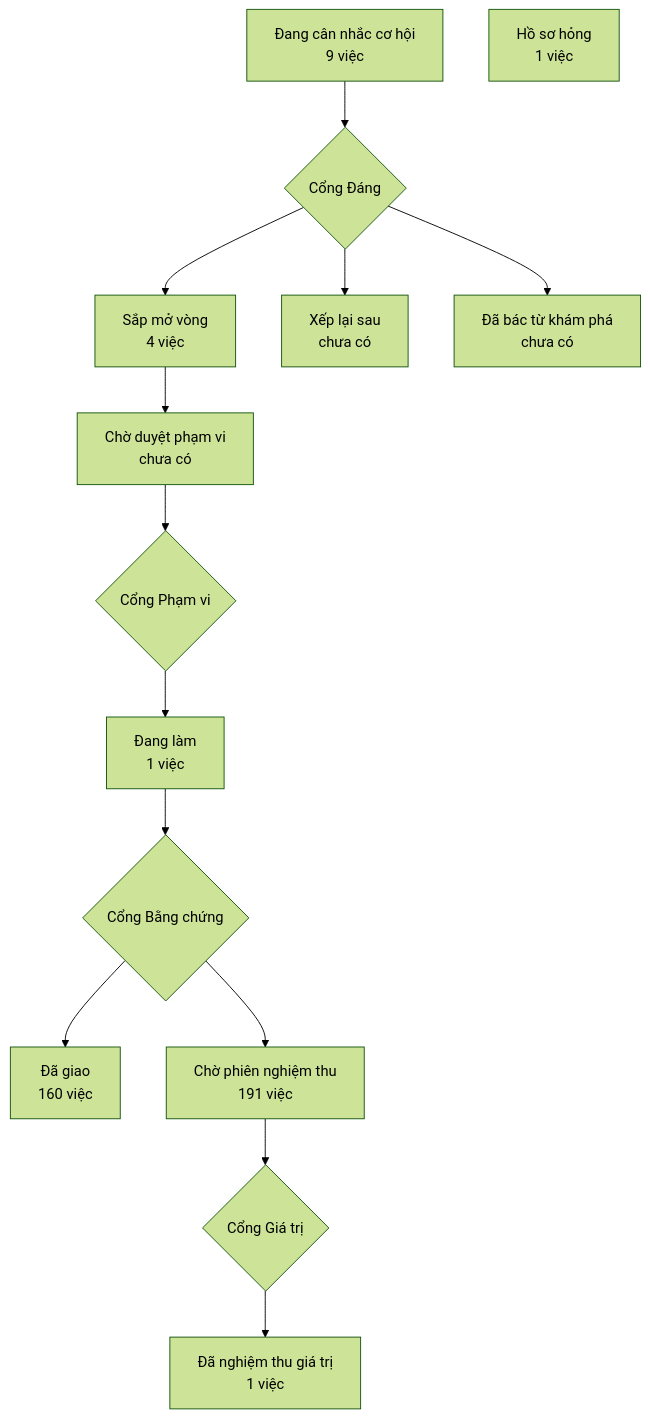
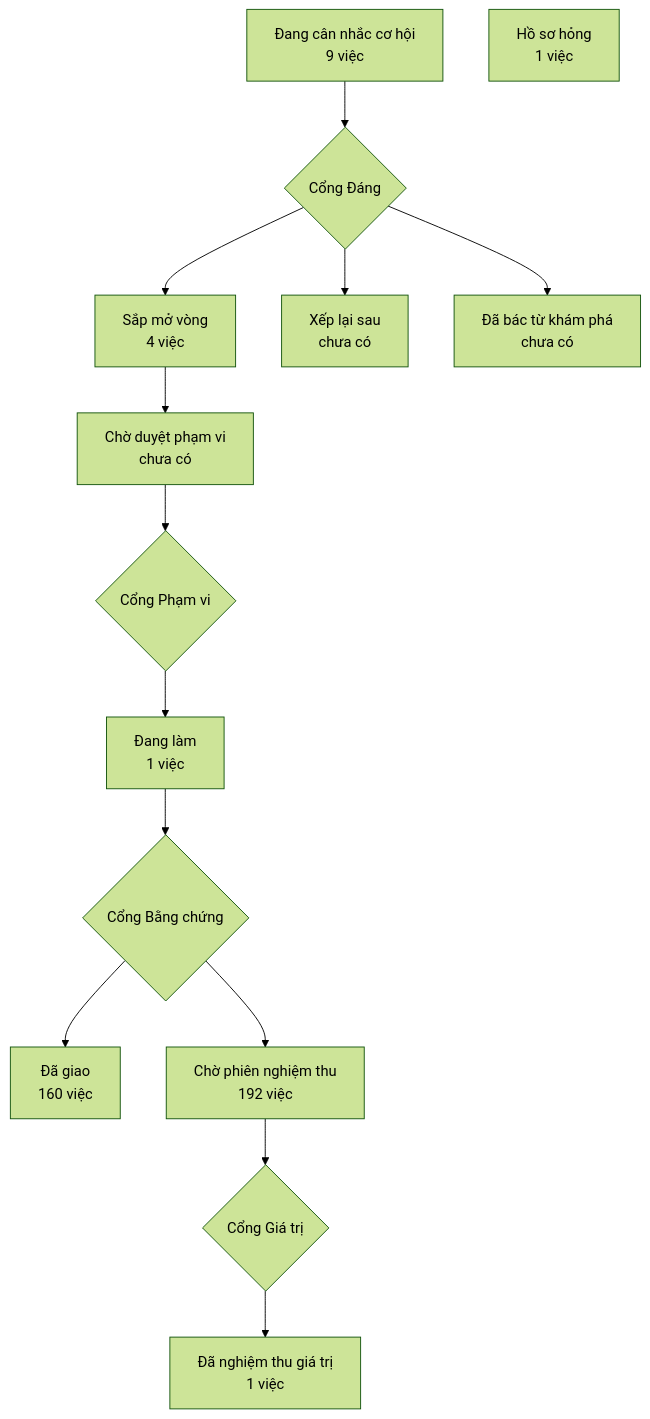
Before and after one commit to phanlemanh/crm-onehub: the diagram in PRODUCT-MAP.md, drawn with Mermaid (forest theme). The commit also changed 1 other file, not shown here.

Commit message:
chore: vẽ lại bản đồ sản phẩm cho #560

````diff
--- a/PRODUCT-MAP.md
+++ b/PRODUCT-MAP.md
@@ -7,13 +7,13 @@
 ```mermaid
 flowchart TD
   A["Đang cân nhắc cơ hội<br/>9 việc"] --> GD{"Cổng Đáng"}
   GD --> B["Sắp mở vòng<br/>4 việc"]
   GD --> XL["Xếp lại sau<br/>chưa có"]
   GD --> DB["Đã bác từ khám phá<br/>chưa có"]
   B --> CD["Chờ duyệt phạm vi<br/>chưa có"] --> GP{"Cổng Phạm vi"}
   GP --> DL["Đang làm<br/>1 việc"] --> GB{"Cổng Bằng chứng"}
   GB --> DG["Đã giao<br/>160 việc"]
-  GB --> CN["Chờ phiên nghiệm thu<br/>191 việc"] --> GG{"Cổng Giá trị"}
+  GB --> CN["Chờ phiên nghiệm thu<br/>192 việc"] --> GG{"Cổng Giá trị"}
   GG --> NT["Đã nghiệm thu giá trị<br/>1 việc"]
   HS["Hồ sơ hỏng<br/>1 việc"]
 ```
````
